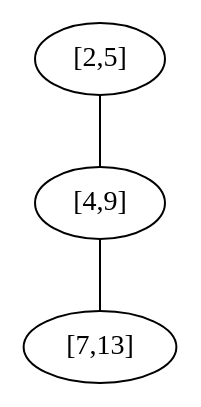
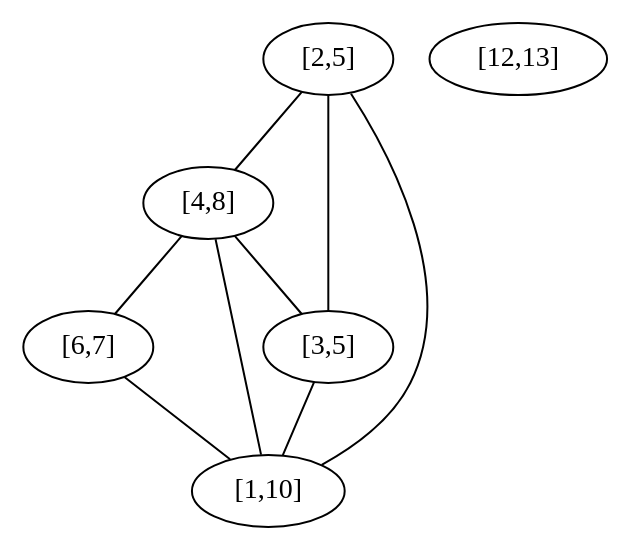
One commit to atotgerman/DUE_Fscharp changed the diagram in intervallumgraf.dot. Above: the diagram before and after it, drawn with Graphviz. The commit also changed 1 other file, not shown here.

Commit message:
feature Add graph files

```diff
--- a/intervallumgraf.dot
+++ b/intervallumgraf.dot
@@ -1,7 +1,16 @@
 graph G {
   1 [label="[2,5]"];
-  2 [label="[4,9]"];
-  3 [label="[7,13]"];
+  2 [label="[4,8]"];
+  3 [label="[6,7]"];
+  4 [label="[3,5]"];
+  5 [label="[1,10]"];
+  6 [label="[12,13]"];
   1 -- 2;
+  1 -- 4;
+  1 -- 5;
   2 -- 3;
+  2 -- 4;
+  2 -- 5;
+  3 -- 5;
+  4 -- 5;
 }
```
